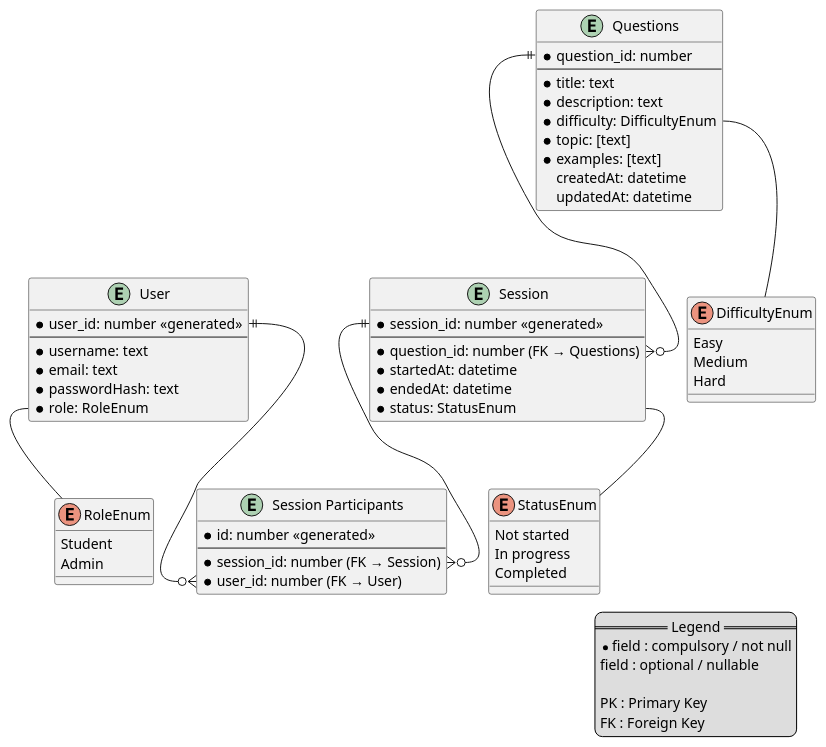
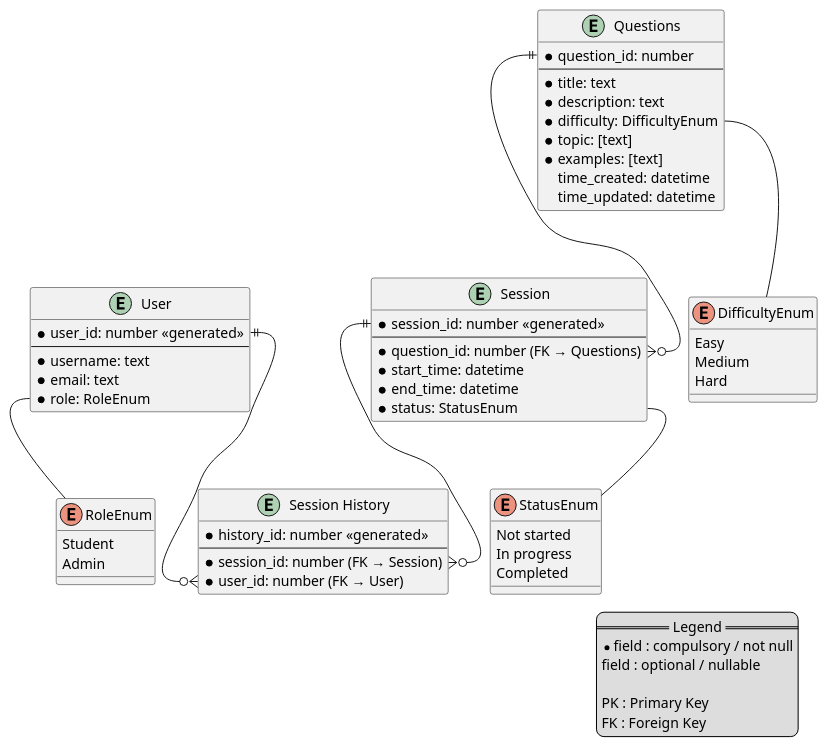
The diagram in docs/entity-relationship-diagram.puml (CS3219-AY2526Sem1/cs3219-ay2526s1-project-g14), drawn with PlantUML before and after one commit.

Commit message:
Rename entity fields

```diff
--- a/docs/entity-relationship-diagram.puml
+++ b/docs/entity-relationship-diagram.puml
@@ -1,78 +1,77 @@
 @startuml Database structure
 
 ' avoid problems with angled crows feet
 
 entity "User" as user {
     *user_id: number <<generated>>
     --
     *username: text
     *email: text
-    *passwordHash: text
     *role: RoleEnum
 }
 
 entity "Questions" as questions {
     *question_id: number
     --
     *title: text
     *description: text
     *difficulty: DifficultyEnum
     *topic: [text]
     *examples: [text]
-    createdAt: datetime
-    updatedAt: datetime
+    time_created: datetime
+    time_updated: datetime
 }
 
 entity "Session" as session {
     *session_id: number <<generated>>
     --
     *question_id: number (FK → Questions)
-    *startedAt: datetime
-    *endedAt: datetime
+    *start_time: datetime
+    *end_time: datetime
     *status: StatusEnum
 }
 
-entity "Session Participants" as participants {
-    *id: number <<generated>>
+entity "Session History" as history {
+    *history_id: number <<generated>>
     --
     *session_id: number (FK → Session)
     *user_id: number (FK → User)
 }
 
 ' Enums
 enum DifficultyEnum {
     Easy
     Medium
     Hard
 }
 
 enum StatusEnum {
     Not started
     In progress
     Completed
 }
 
 enum RoleEnum {
     Student
     Admin
 }
 
-user::_id ||--o{ participants::user_id
-session::_id ||--o{ participants::session_id
+user::_id ||--o{ history::user_id
+session::_id ||--o{ history::session_id
 questions::_id ||--o{ session::question_id
 
 ' Link fields to enums
 user::role -- RoleEnum
 questions::difficulty -- DifficultyEnum
 session::status -- StatusEnum
 
 legend right
     == Legend ==
     *field : compulsory / not null
     field : optional / nullable
 
     PK : Primary Key
     FK : Foreign Key
 endlegend
 
 @enduml
```
